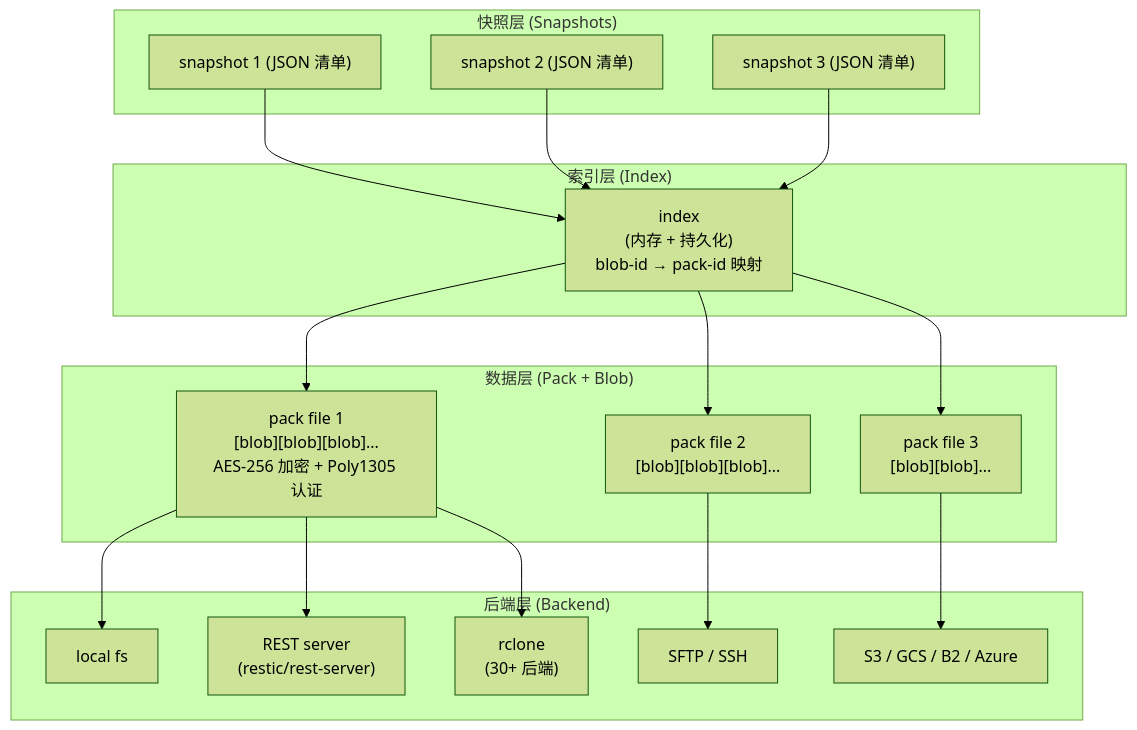
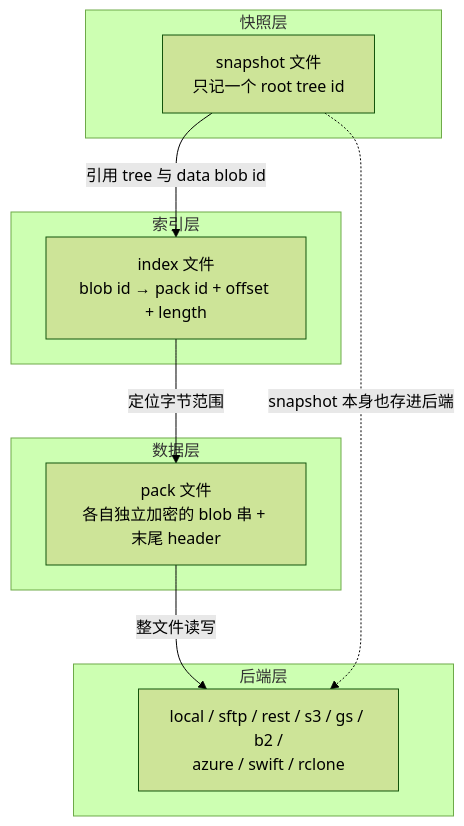
Before and after one commit to A1pha3/text-matrix: the diagram in content/posts/tech/restic-go-backup-tool-architecture-guide.md, drawn with Mermaid (forest theme). The commit also changed other lines of this file and 227 other files, not shown here.

````diff
--- a/content/posts/tech/restic-go-backup-tool-architecture-guide.md
+++ b/content/posts/tech/restic-go-backup-tool-architecture-guide.md
@@ -47,38 +44,20 @@
 ```mermaid
 graph TB
-    subgraph "快照层 (Snapshots)"
-        S1["snapshot 1 (JSON 清单)"]
-        S2["snapshot 2 (JSON 清单)"]
-        S3["snapshot 3 (JSON 清单)"]
+    subgraph SN["快照层"]
+        S["snapshot 文件<br/>只记一个 root tree id"]
+    end
+    subgraph IX["索引层"]
+        I["index 文件<br/>blob id → pack id + offset + length"]
+    end
+    subgraph PK["数据层"]
+        P["pack 文件<br/>各自独立加密的 blob 串 + 末尾 header"]
+    end
+    subgraph BE["后端层"]
+        B["local / sftp / rest / s3 / gs / b2 /<br/>azure / swift / rclone"]
     end
 
-    subgraph "索引层 (Index)"
-        I["index<br/>(内存 + 持久化)<br/>blob-id → pack-id 映射"]
-    end
-
-    subgraph "数据层 (Pack + Blob)"
-        P1["pack file 1<br/>[blob][blob][blob]...<br/>AES-256 加密 + Poly1305 认证"]
-        P2["pack file 2<br/>[blob][blob][blob]..."]
-        P3["pack file 3<br/>[blob][blob]..."]
-    end
-
-    subgraph "后端层 (Backend)"
-        B1["local fs"]
-        B2["SFTP / SSH"]
-        B3["S3 / GCS / B2 / Azure"]
-        B4["REST server<br/>(restic/rest-server)"]
-        B5["rclone<br/>(30+ 后端)"]
-    end
-
-    S1 --> I
-    S2 --> I
-    S3 --> I
-    I --> P1
-    I --> P2
-    I --> P3
-    P1 --> B1
-    P2 --> B2
-    P3 --> B3
-    P1 --> B4
-    P1 --> B5
+    S -->|"引用 tree 与 data blob id"| I
+    I -->|"定位字节范围"| P
+    P -->|"整文件读写"| B
+    S -.->|"snapshot 本身也存进后端"| B
 ```
````
